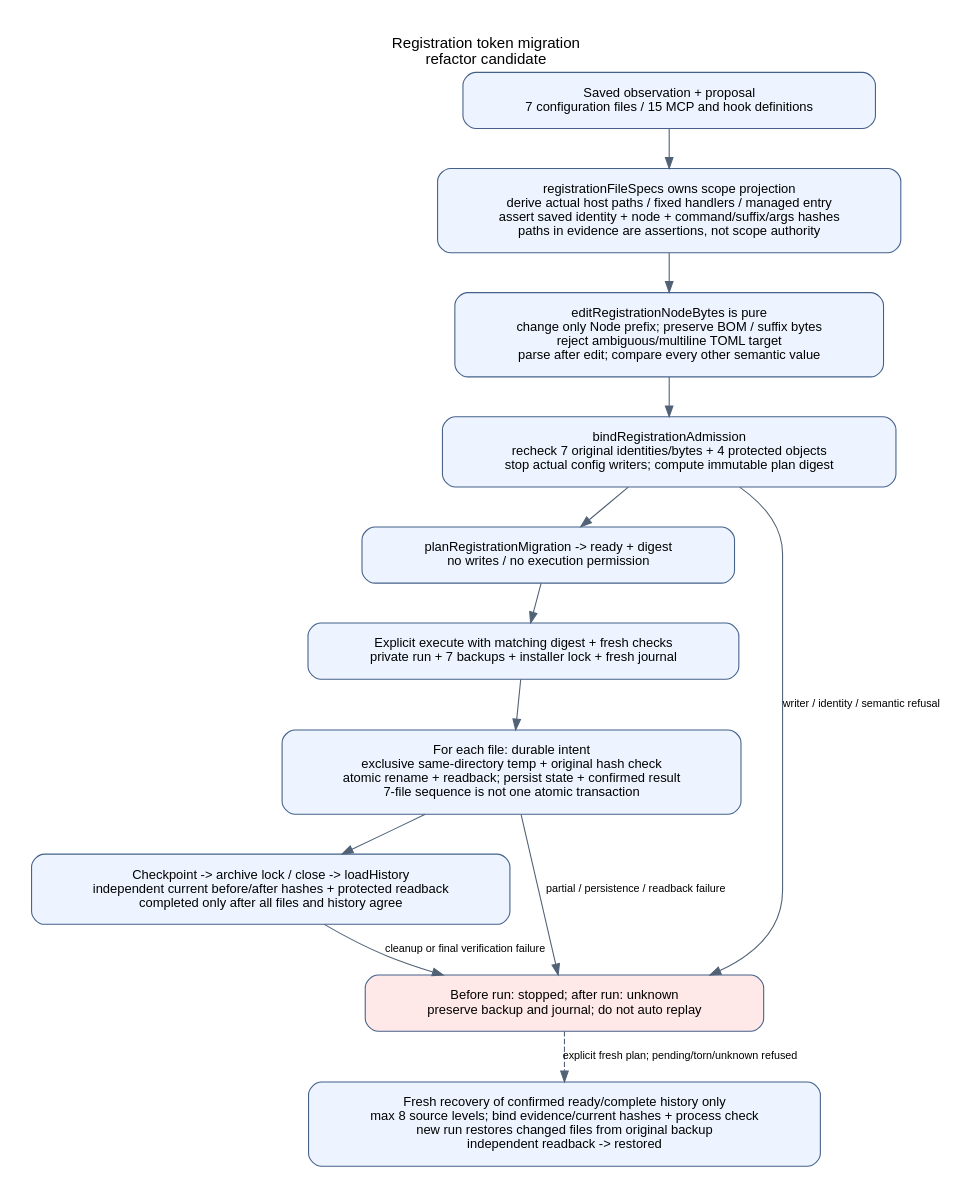
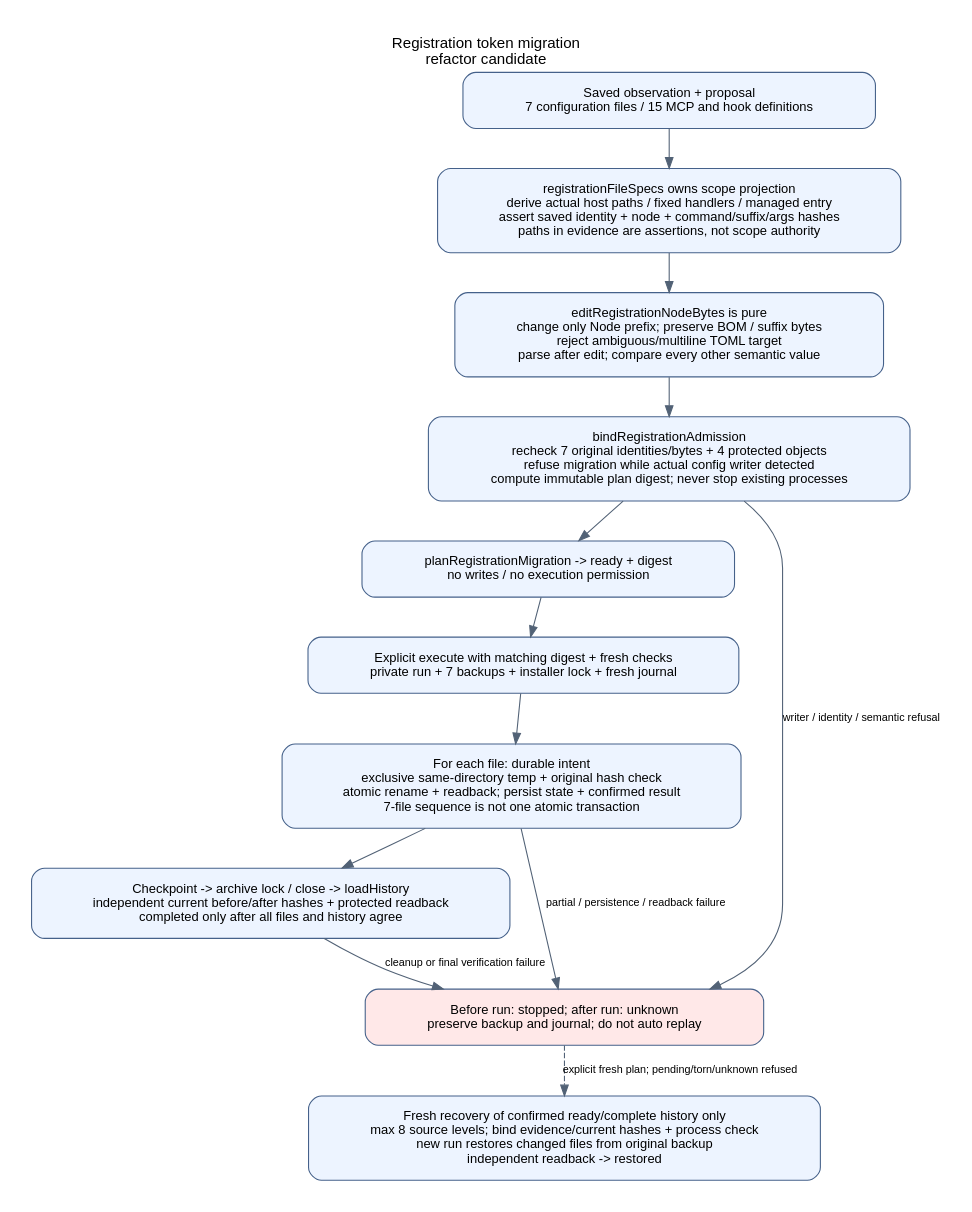
One commit to kitepon/Caveat changed the diagram in docs/diagrams/11-registration.dot. Above: the diagram before and after it, drawn with Graphviz. The commit also changed 25 other files, not shown here.

Commit message:
docs: align feature diagrams with failure and delivery contracts

```diff
--- a/docs/diagrams/11-registration.dot
+++ b/docs/diagrams/11-registration.dot
@@ -1,20 +1,20 @@
 digraph registration {
  graph [rankdir=TB, bgcolor="white", pad="0.3", nodesep="0.35", ranksep="0.5", fontname="Arial", label="Registration token migration\nrefactor candidate", labelloc=t];
  node [shape=box, style="rounded,filled", fillcolor="#edf4ff", color="#45618a", fontname="Arial", fontsize=12, margin="0.8,0.18"];
  edge [fontname="Arial", fontsize=10, color="#526276"];
  source [label="Saved observation + proposal\n7 configuration files / 15 MCP and hook definitions"];
  projection [label="registrationFileSpecs owns scope projection\nderive actual host paths / fixed handlers / managed entry\nassert saved identity + node + command/suffix/args hashes\npaths in evidence are assertions, not scope authority"];
  codec [label="editRegistrationNodeBytes is pure\nchange only Node prefix; preserve BOM / suffix bytes\nreject ambiguous/multiline TOML target\nparse after edit; compare every other semantic value"];
- admission [label="bindRegistrationAdmission\nrecheck 7 original identities/bytes + 4 protected objects\nstop actual config writers; compute immutable plan digest"];
+ admission [label="bindRegistrationAdmission\nrecheck 7 original identities/bytes + 4 protected objects\nrefuse migration while actual config writer detected\ncompute immutable plan digest; never stop existing processes"];
  plan [label="planRegistrationMigration -> ready + digest\nno writes / no execution permission"];
  run [label="Explicit execute with matching digest + fresh checks\nprivate run + 7 backups + installer lock + fresh journal"];
  replace [label="For each file: durable intent\nexclusive same-directory temp + original hash check\natomic rename + readback; persist state + confirmed result\n7-file sequence is not one atomic transaction"];
  complete [label="Checkpoint -> archive lock / close -> loadHistory\nindependent current before/after hashes + protected readback\ncompleted only after all files and history agree"];
  unknown [fillcolor="#ffe8e8", label="Before run: stopped; after run: unknown\npreserve backup and journal; do not auto replay"];
  recovery [label="Fresh recovery of confirmed ready/complete history only\nmax 8 source levels; bind evidence/current hashes + process check\nnew run restores changed files from original backup\nindependent readback -> restored"];
  source -> projection -> codec -> admission -> plan -> run -> replace -> complete;
  admission -> unknown [label="writer / identity / semantic refusal"];
  replace -> unknown [label="partial / persistence / readback failure"];
  complete -> unknown [label="cleanup or final verification failure"];
  unknown -> recovery [style=dashed, label="explicit fresh plan; pending/torn/unknown refused"];
 }
```
